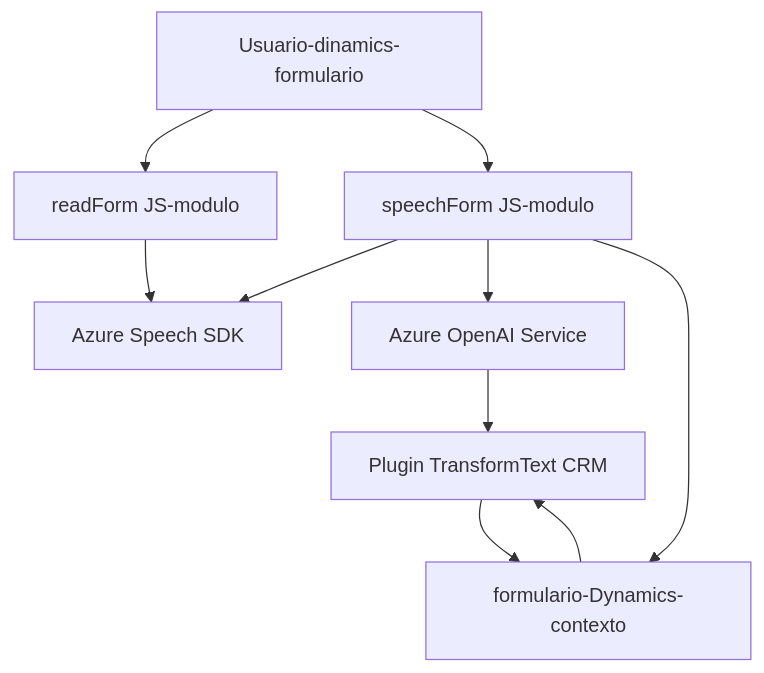
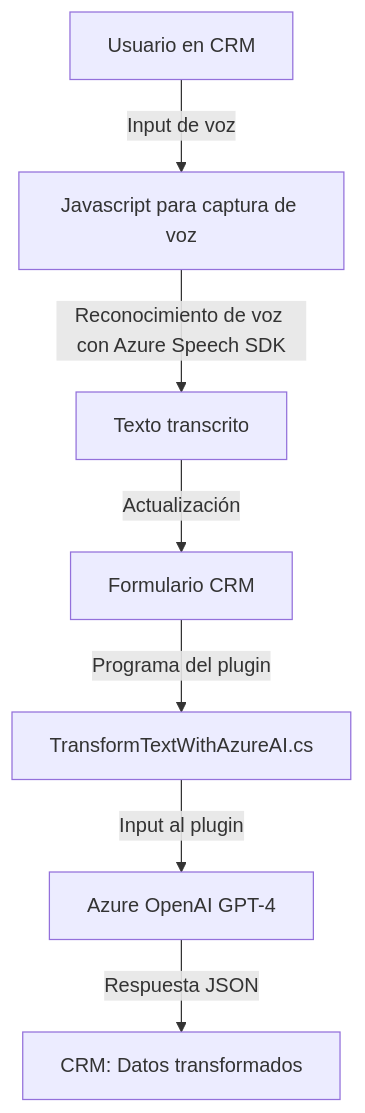
The diagram in README.md (blopezdm/NETCORE_BILBAO2025), drawn with Mermaid before and after one commit. The commit also changed other lines of this file, not shown here.

Commit message:
Actualizar análisis global de la solución con IA

````diff
--- a/README.md
+++ b/README.md
@@ -36,20 +30,9 @@
 ```mermaid
 graph TD
-  A["Usuario-dinamics-formulario"]
-  B["Azure Speech SDK"]
-  C["readForm JS-modulo"]
-  D["speechForm JS-modulo"]
-  E["Azure OpenAI Service"]
-  F["Plugin TransformText CRM"]
-  G["formulario-Dynamics-contexto"]
-
-  A --> C
-  A --> D
-  C --> B
-  D --> B
-  D --> E
-  E --> F
-  F --> G
-  G --> F
-  D --> G
+    A["Usuario en CRM"] -->|Input de voz| B["Javascript para captura de voz"]
+    B -->|Reconocimiento de voz con Azure Speech SDK| C["Texto transcrito"]
+    C -->|Actualización| D["Formulario CRM"]
+    D -->|Programa del plugin| E["TransformTextWithAzureAI.cs"]
+    E -->|Input al plugin| F["Azure OpenAI GPT-4"]
+    F -->|Respuesta JSON| G["CRM: Datos transformados"]
 ```
````
